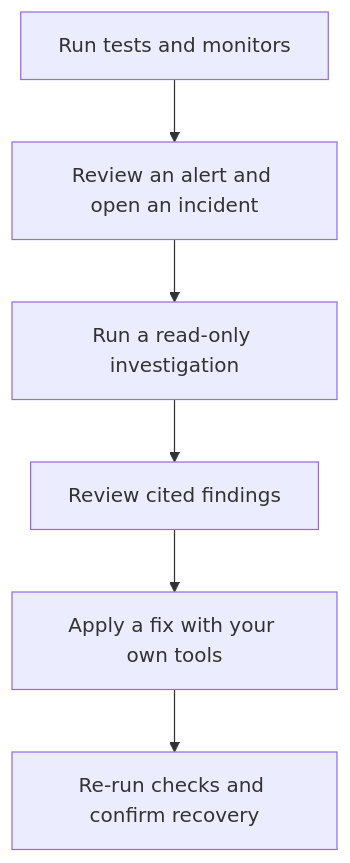
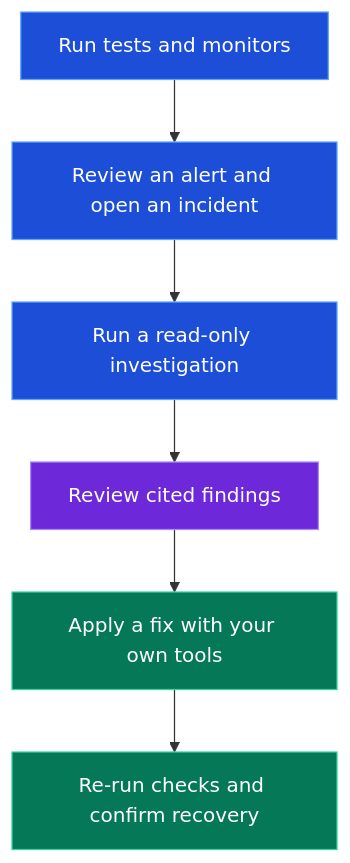
Before and after one commit to supercheck-io/supercheck: the diagram in docs/content/docs/app/welcome.mdx, drawn with Mermaid. The commit also changed other lines of this file and 34 other files, not shown here.

Commit message:
docs: restore architecture and polish user workflows (#337)

````diff
--- a/docs/content/docs/app/welcome.mdx
+++ b/docs/content/docs/app/welcome.mdx
@@ -28,8 +28,15 @@
 ```mermaid
 flowchart TB
     Detect[Run tests and monitors] --> Triage[Review an alert and open an incident]
     Triage --> Investigate[Run a read-only investigation]
     Investigate --> Review[Review cited findings]
     Review --> Fix[Apply a fix with your own tools]
     Fix --> Confirm[Re-run checks and confirm recovery]
+
+    classDef action fill:#1d4ed8,stroke:#60a5fa,color:#fff
+    classDef choice fill:#6d28d9,stroke:#a78bfa,color:#fff
+    classDef success fill:#047857,stroke:#34d399,color:#fff
+    class Detect,Triage,Investigate action
+    class Review choice
+    class Fix,Confirm success
 ```
````
